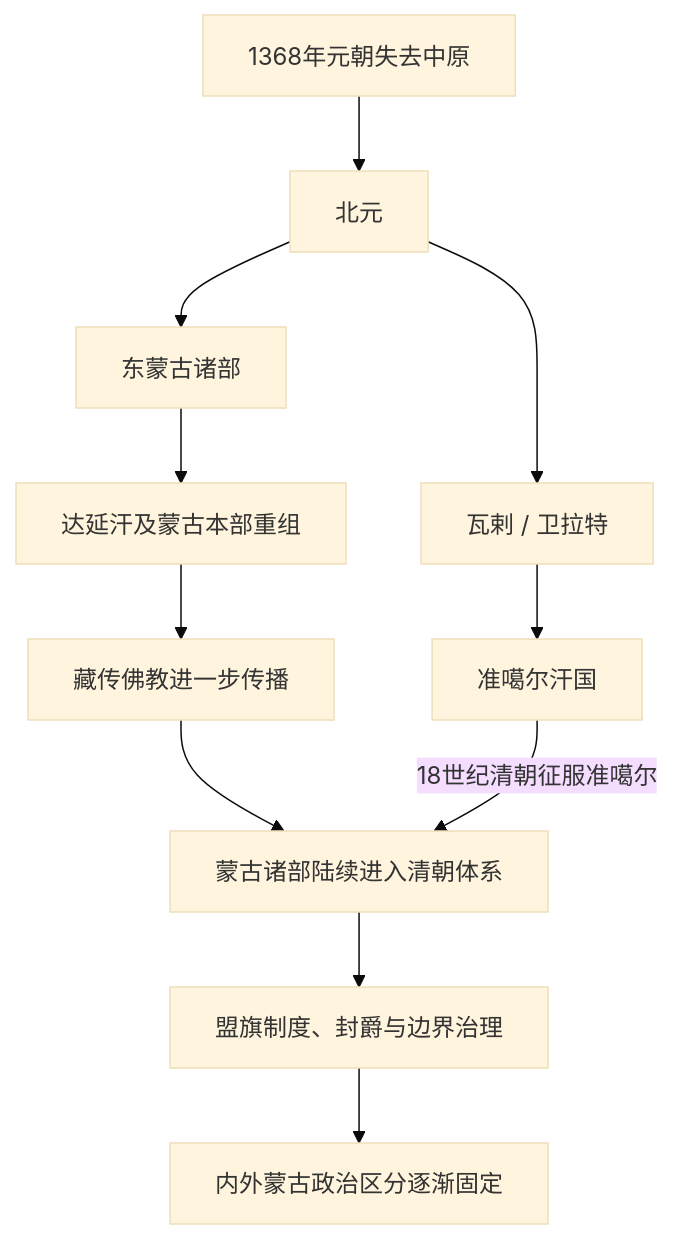
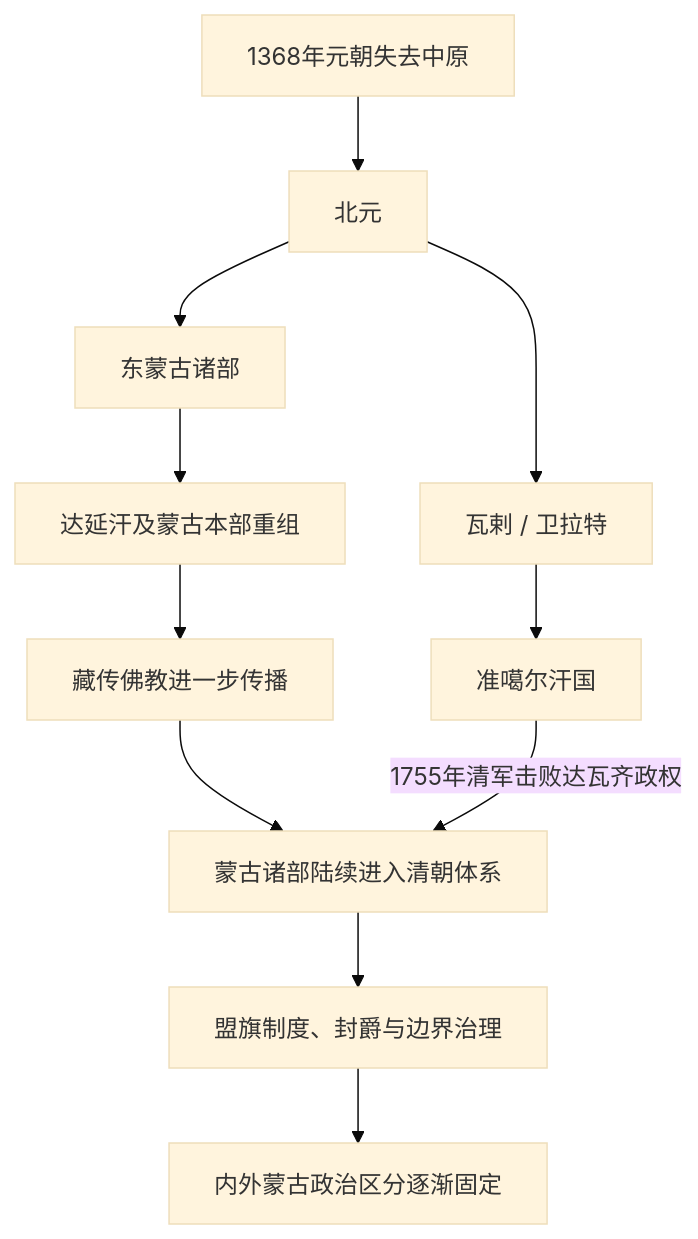
One commit to tianlan-dev/learning-notes changed the diagram in 人文科学/历史/东亚/蒙古/北元、蒙古诸部与清代蒙古.md. Above: the diagram before and after it, drawn with Mermaid (base theme). The commit also changed other lines of this file and 1417 other files, not shown here.

````diff
--- a/人文科学/历史/东亚/蒙古/北元、蒙古诸部与清代蒙古.md
+++ b/人文科学/历史/东亚/蒙古/北元、蒙古诸部与清代蒙古.md
@@ -17,13 +19,13 @@
 ```mermaid
 flowchart TD
     YuanEnd["1368年元朝失去中原"] --> NorthernYuan["北元"]
     NorthernYuan --> Eastern["东蒙古诸部"]
     NorthernYuan --> Oirat["瓦剌 / 卫拉特"]
     Eastern --> Dayan["达延汗及蒙古本部重组"]
     Oirat --> Dzungar["准噶尔汗国"]
     Dayan --> Buddhism["藏传佛教进一步传播"]
     Buddhism --> QingRule["蒙古诸部陆续进入清朝体系"]
-    Dzungar -->|18世纪清朝征服准噶尔| QingRule
+    Dzungar -->|1755年清军击败达瓦齐政权| QingRule
     QingRule --> Leagues["盟旗制度、封爵与边界治理"]
     Leagues --> ModernDivision["内外蒙古政治区分逐渐固定"]
 ```
````
